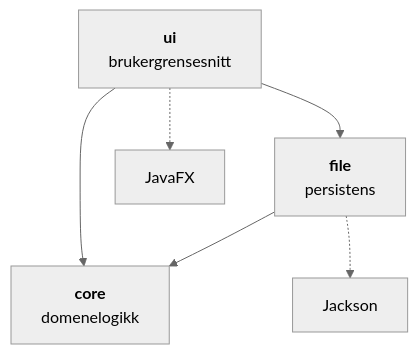
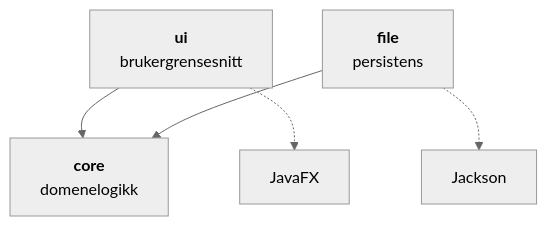
The diagram in README.md (JesperBarosen/BIThub), drawn with Mermaid (neutral theme) before and after one commit. The commit also changed other lines of this file, not shown here.

Commit message:
Oppdater arkitekturdiagram i README
Fjerner pilen fra ui til file i pakkediagrammet og i teksten
over det, siden ui ikke lenger er avhengig av file-modulen direkte.

fixes #72

````diff
--- a/README.md
+++ b/README.md
@@ -20,8 +19,7 @@
 ```mermaid
 flowchart TD
-    ui["<b>ui</b><br/>brukergrensesnitt"] --> file["<b>file</b><br/>persistens"]
-    ui --> core["<b>core</b><br/>domenelogikk"]
-    file --> core
+    ui["<b>ui</b><br/>brukergrensesnitt"] --> core["<b>core</b><br/>domenelogikk"]
+    file["<b>file</b><br/>persistens"]  --> core
     ui -.-> javafx["JavaFX"]
     file -.-> jackson["Jackson"]
 ```
````
